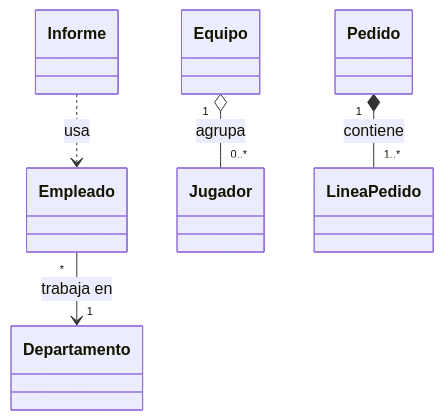
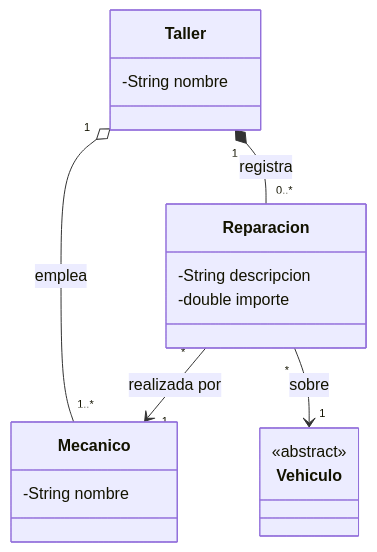
The third of 3 diagrams in docs/capitulos/06-relaciones.md (rlrprofe/poo), drawn with Mermaid before and after one commit. The commit also changed other lines of this file and 30 other files, not shown here.

````diff
--- a/docs/capitulos/06-relaciones.md
+++ b/docs/capitulos/06-relaciones.md
@@ -321,7 +498,20 @@
-```mermaid
-classDiagram
-    Empleado "*" --> "1" Departamento : trabaja en
-    Equipo "1" o-- "0..*" Jugador : agrupa
-    Pedido "1" *-- "1..*" LineaPedido : contiene
-    Informe ..> Empleado : usa
-```
+    ```mermaid
+    classDiagram
+        class Taller {
+            -String nombre
+        }
+        class Mecanico {
+            -String nombre
+        }
+        class Reparacion {
+            -String descripcion
+            -double importe
+        }
+        class Vehiculo {
+            <<abstract>>
+        }
+        Taller "1" o-- "1..*" Mecanico : emplea
+        Taller "1" *-- "0..*" Reparacion : registra
+        Reparacion "*" --> "1" Mecanico : realizada por
+        Reparacion "*" --> "1" Vehiculo : sobre
+    ```
````
